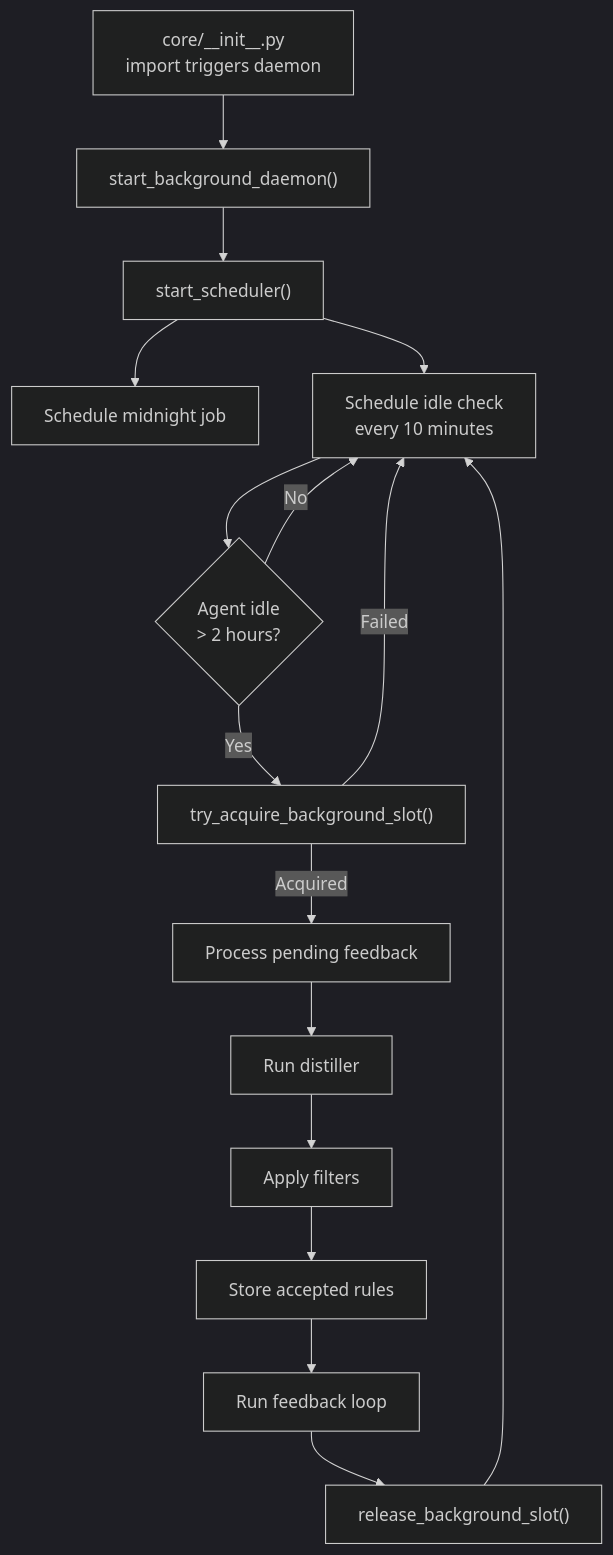
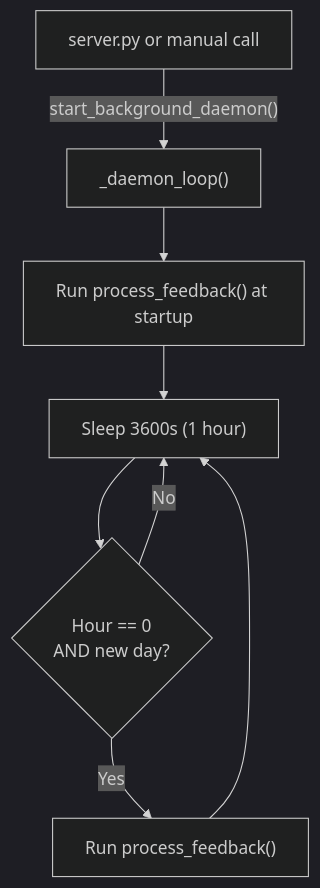
Before and after one commit to brunogcar/agent: the third of 3 diagrams in docs/core/SLEEP_LEARN.md, drawn with Mermaid (dark theme). The commit also changed other lines of this file and 28 other files, not shown here.

````diff
--- a/docs/core/SLEEP_LEARN.md
+++ b/docs/core/SLEEP_LEARN.md
@@ -89,18 +137,10 @@
 ```mermaid
 graph TD
-    A["core/__init__.py<br/>import triggers daemon"] --> B["start_background_daemon()"]
-    B --> C["start_scheduler()"]
-    C --> D["Schedule midnight job"]
-    C --> E["Schedule idle check<br/>every 10 minutes"]
-    E --> F{Agent idle<br/>> 2 hours?}
-    F -->|No| E
-    F -->|Yes| G["try_acquire_background_slot()"]
-    G -->|Failed| E
-    G -->|Acquired| H["Process pending feedback"]
-    H --> I["Run distiller"]
-    I --> J["Apply filters"]
-    J --> K["Store accepted rules"]
-    K --> L["Run feedback loop"]
-    L --> M["release_background_slot()"]
-    M --> E
+    A["server.py or manual call"] -->|"start_background_daemon()"| B["_daemon_loop()"]
+    B --> C["Run process_feedback() at startup"]
+    C --> D["Sleep 3600s (1 hour)"]
+    D --> E{"Hour == 0\nAND new day?"}
+    E -->|No| D
+    E -->|Yes| F["Run process_feedback()"]
+    F --> D
 ```
````
